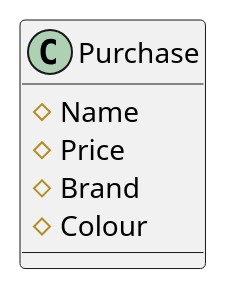
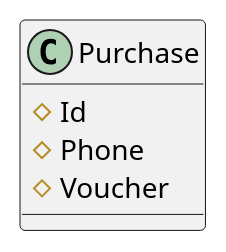
The diagram in Purchase.puml (khanhnguyen18/purchase-prepaid-data), drawn with PlantUML before and after one commit. The commit also changed 14 other files, not shown here.

```diff
--- a/Purchase.puml
+++ b/Purchase.puml
@@ -1,10 +1,9 @@
 @startuml
 
 class Purchase {
-    #Name
-    #Price
-    #Brand
-    #Colour
+    #Id
+    #Phone
+    #Voucher
 }
 
 @enduml
```
